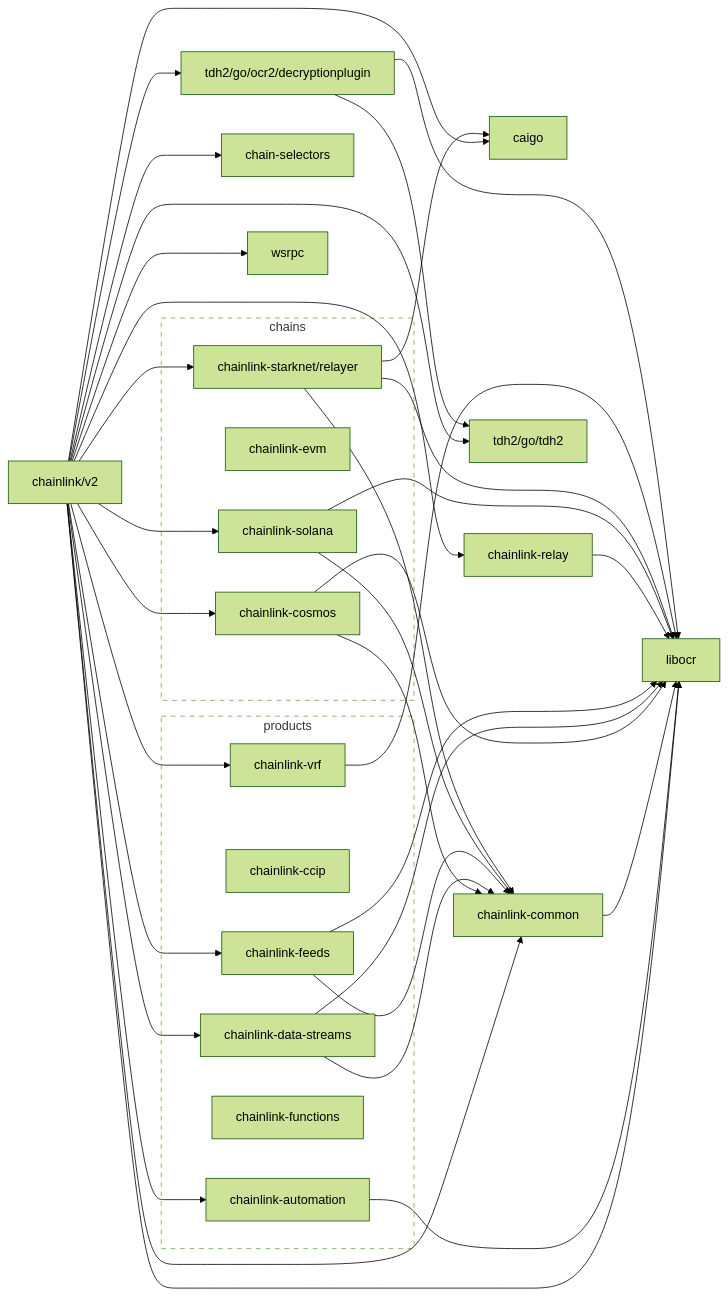
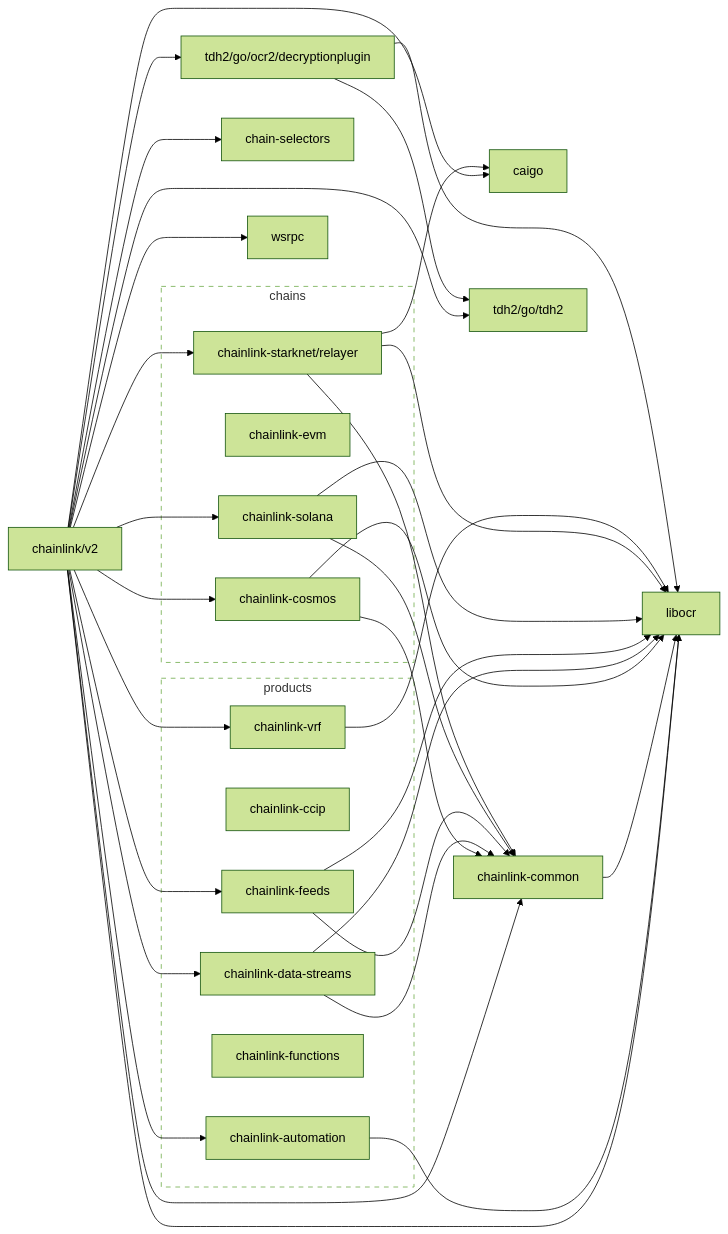
The diagram in go.md (smartcontractkit/chainlink), drawn with Mermaid (forest theme) before and after one commit. The commit also changed 8 other files, not shown here.

````diff
--- a/go.md
+++ b/go.md
@@ -2,69 +2,66 @@
 ```mermaid
 flowchart LR
   subgraph chains
     chainlink-cosmos
     chainlink-evm
     chainlink-solana
     chainlink-starknet/relayer
   end
 
   subgraph products
     chainlink-automation
     chainlink-ccip
     chainlink-data-streams
     chainlink-feeds
     chainlink-functions
     chainlink-vrf
   end
 
   classDef outline stroke-dasharray:6,fill:none;
   class chains,products outline
 
   chainlink/v2 --> caigo
   click caigo href "https://github.com/smartcontractkit/caigo"
   chainlink/v2 --> chain-selectors
   click chain-selectors href "https://github.com/smartcontractkit/chain-selectors"
   chainlink/v2 --> chainlink-automation
   click chainlink-automation href "https://github.com/smartcontractkit/chainlink-automation"
   chainlink/v2 --> chainlink-common
   click chainlink-common href "https://github.com/smartcontractkit/chainlink-common"
   chainlink/v2 --> chainlink-cosmos
   click chainlink-cosmos href "https://github.com/smartcontractkit/chainlink-cosmos"
   chainlink/v2 --> chainlink-data-streams
   click chainlink-data-streams href "https://github.com/smartcontractkit/chainlink-data-streams"
   chainlink/v2 --> chainlink-feeds
   click chainlink-feeds href "https://github.com/smartcontractkit/chainlink-feeds"
-  chainlink/v2 --> chainlink-relay
-  click chainlink-relay href "https://github.com/smartcontractkit/chainlink-relay"
   chainlink/v2 --> chainlink-solana
   click chainlink-solana href "https://github.com/smartcontractkit/chainlink-solana"
   chainlink/v2 --> chainlink-starknet/relayer
   click chainlink-starknet/relayer href "https://github.com/smartcontractkit/chainlink-starknet"
   chainlink/v2 --> chainlink-vrf
   click chainlink-vrf href "https://github.com/smartcontractkit/chainlink-vrf"
   chainlink/v2 --> libocr
   click libocr href "https://github.com/smartcontractkit/libocr"
   chainlink/v2 --> tdh2/go/ocr2/decryptionplugin
   click tdh2/go/ocr2/decryptionplugin href "https://github.com/smartcontractkit/tdh2"
   chainlink/v2 --> tdh2/go/tdh2
   click tdh2/go/tdh2 href "https://github.com/smartcontractkit/tdh2"
   chainlink/v2 --> wsrpc
   click wsrpc href "https://github.com/smartcontractkit/wsrpc"
   chainlink-automation --> libocr
   chainlink-common --> libocr
   chainlink-cosmos --> chainlink-common
   chainlink-cosmos --> libocr
   chainlink-data-streams --> chainlink-common
   chainlink-data-streams --> libocr
   chainlink-feeds --> chainlink-common
   chainlink-feeds --> libocr
-  chainlink-relay --> libocr
   chainlink-solana --> chainlink-common
   chainlink-solana --> libocr
   chainlink-starknet/relayer --> caigo
   chainlink-starknet/relayer --> chainlink-common
   chainlink-starknet/relayer --> libocr
   chainlink-vrf --> libocr
   tdh2/go/ocr2/decryptionplugin --> libocr
   tdh2/go/ocr2/decryptionplugin --> tdh2/go/tdh2
 ```
````
